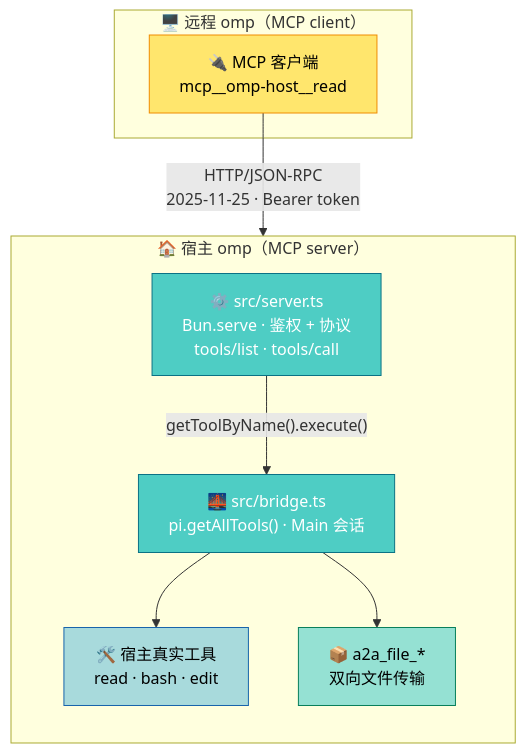
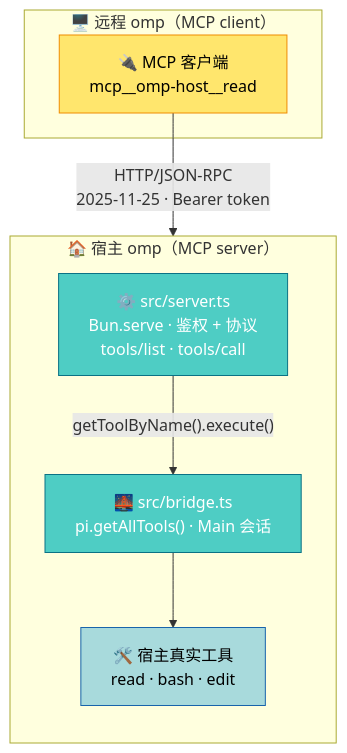
Before and after one commit to adam-ikari/pi-a2a-ext: the diagram in README_ZN.md, drawn with Mermaid. The commit also changed other lines of this file and 24 other files, not shown here.

````diff
--- a/README_ZN.md
+++ b/README_ZN.md
@@ -9,29 +9,25 @@
 ```mermaid
 graph TB
     subgraph Remote["🖥️ 远程 omp（MCP client）"]
         Client["🔌 MCP 客户端<br/>mcp__omp-host__read"]
     end
 
     subgraph Host["🏠 宿主 omp（MCP server）"]
         direction TB
         Serve["⚙️ src/server.ts<br/>Bun.serve · 鉴权 + 协议<br/>tools/list · tools/call"]
         Bridge["🌉 src/bridge.ts<br/>pi.getAllTools() · Main 会话"]
         Tools["🛠️ 宿主真实工具<br/>read · bash · edit"]
-        Files["📦 a2a_file_*<br/>双向文件传输"]
 
         Serve -->|"getToolByName().execute()"| Bridge
         Bridge --> Tools
-        Bridge --> Files
     end
 
     Client -->|"HTTP/JSON-RPC<br/>2025-11-25 · Bearer token"| Serve
 
     classDef client fill:#FFE66D,stroke:#F08C00,color:#000
     classDef server fill:#4ECDC4,stroke:#0B7285,color:#fff
     classDef tool fill:#A8DADC,stroke:#1864AB,color:#000
-    classDef owned fill:#95E1D3,stroke:#087F5B,color:#000
     class Client client
     class Serve,Bridge server
     class Tools tool
-    class Files owned
 ```
````
